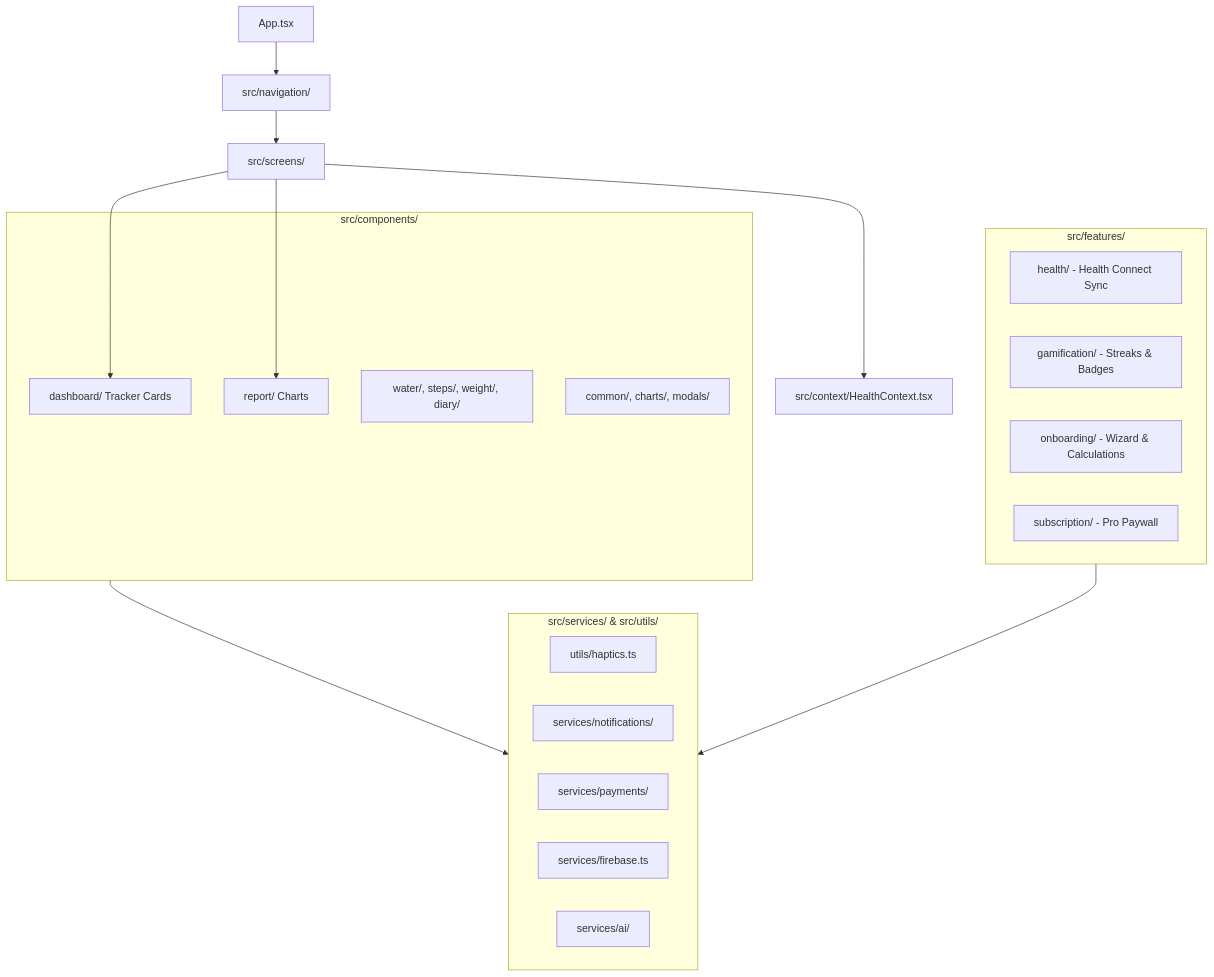
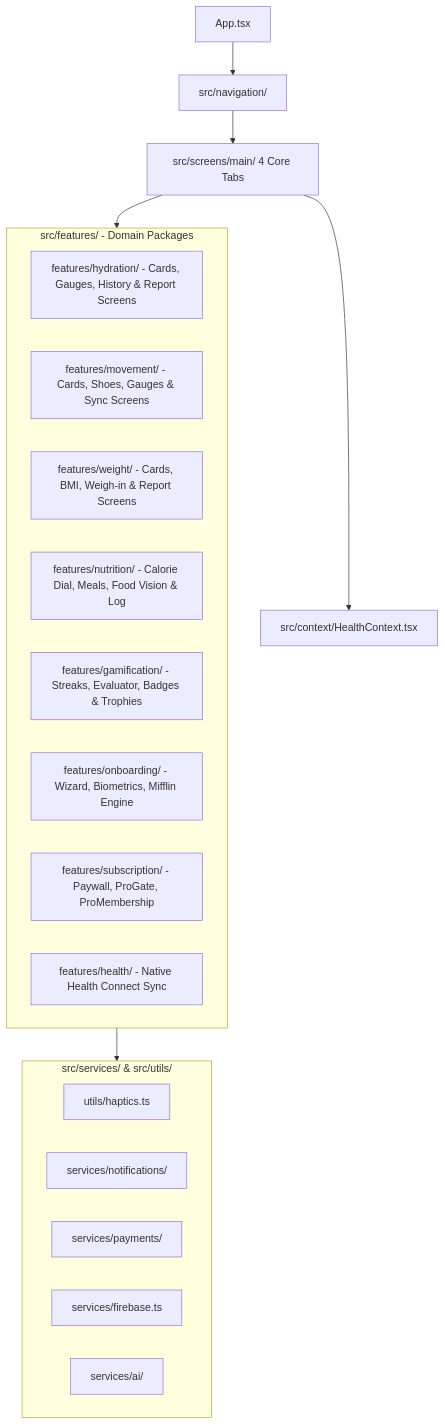
The diagram in ARCHITECTURE.md (naveencreation/Health), drawn with Mermaid before and after one commit. The commit also changed other lines of this file and 89 other files, not shown here.

Commit message:
Restructure: Phase 7 Domain-Driven Modularization for 4 Health Trackers and Onboarding

````diff
--- a/ARCHITECTURE.md
+++ b/ARCHITECTURE.md
@@ -18,33 +18,28 @@
 ```mermaid
 graph TD
     App[App.tsx] --> Navigation[src/navigation/]
-    Navigation --> Screens[src/screens/]
-    Screens --> Trackers[The 4 Health Trackers]
-    Screens --> Reports[Report & Analytics Charts]
+    Navigation --> TabScreens[src/screens/main/ 4 Core Tabs]
     
-    subgraph TrackersAndUI [src/components/]
-        Trackers[dashboard/ Tracker Cards]
-        DetailViews[water/, steps/, weight/, diary/]
-        Reports[report/ Charts]
-        SharedUI[common/, charts/, modals/]
+    subgraph FeatureDomains [src/features/ - Domain Packages]
+        Hydration[features/hydration/ - Cards, Gauges, History & Report Screens]
+        Movement[features/movement/ - Cards, Shoes, Gauges & Sync Screens]
+        Weight[features/weight/ - Cards, BMI, Weigh-in & Report Screens]
+        Nutrition[features/nutrition/ - Calorie Dial, Meals, Food Vision & Log]
+        Gamification[features/gamification/ - Streaks, Evaluator, Badges & Trophies]
+        Onboarding[features/onboarding/ - Wizard, Biometrics, Mifflin Engine]
+        Subscription[features/subscription/ - Paywall, ProGate, ProMembership]
+        HealthConnect[features/health/ - Native Health Connect Sync]
     end
 
-    subgraph BusinessFeatures [src/features/]
-        HealthConnect[health/ - Health Connect Sync]
-        Gamification[gamification/ - Streaks & Badges]
-        Onboarding[onboarding/ - Wizard & Calculations]
-        Subscription[subscription/ - Pro Paywall]
-    end
-
-    subgraph SystemEngines [src/services/ & src/utils/]
+    subgraph SystemServices [src/services/ & src/utils/]
         Haptics[utils/haptics.ts]
         Notifs[services/notifications/]
         Payments[services/payments/]
         Firebase[services/firebase.ts]
         RiaAI[services/ai/]
     end
 
-    TrackersAndUI --> SystemEngines
-    BusinessFeatures --> SystemEngines
-    Screens --> Context[src/context/HealthContext.tsx]
+    TabScreens --> FeatureDomains
+    FeatureDomains --> SystemServices
+    TabScreens --> Context[src/context/HealthContext.tsx]
 ```
````
